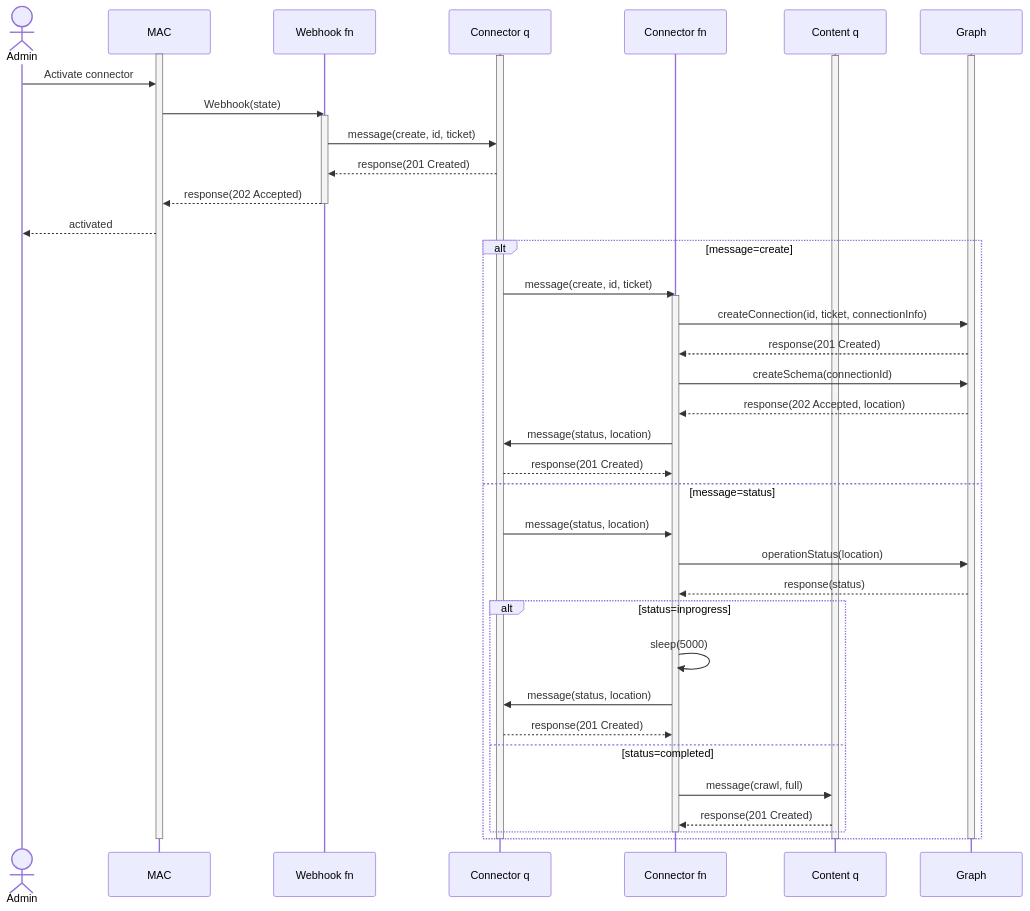
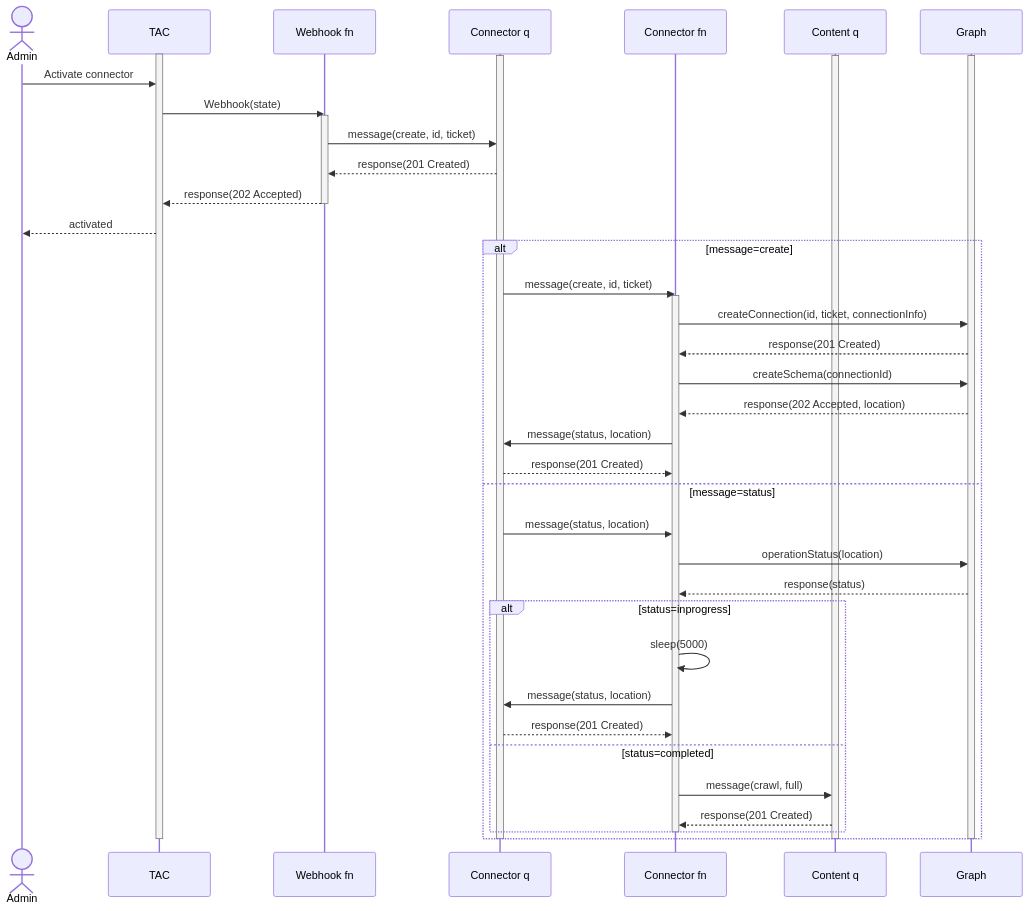
The first of 5 diagrams in readme.md (garrytrinder/food-catalog-graph-connector), drawn with Mermaid before and after one commit. The commit also changed other lines of this file and 3 other files, not shown here.

````diff
--- a/readme.md
+++ b/readme.md
@@ -32,54 +33,54 @@
 ```mermaid
 sequenceDiagram
   actor Admin
-  participant MAC
+  participant TAC
   participant Webhook fn
   participant Connector q
   participant Connector fn
   participant Content q
   participant Graph
   
-  activate MAC
+  activate TAC
   activate Connector q
   activate Content q
   activate Graph
 
-  Admin->>MAC:Activate connector
-  MAC->>Webhook fn:Webhook(state)
+  Admin->>TAC:Activate connector
+  TAC->>Webhook fn:Webhook(state)
   activate Webhook fn
   Webhook fn->>Connector q:message(create, id, ticket)
   Connector q-->>Webhook fn:response(201 Created)
-  Webhook fn-->>MAC:response(202 Accepted)
+  Webhook fn-->>TAC:response(202 Accepted)
   deactivate Webhook fn
-  MAC-->>Admin:activated
+  TAC-->>Admin:activated
 
   alt message=create
     Connector q->>Connector fn:message(create, id, ticket)
     activate Connector fn
     Connector fn->>Graph:createConnection(id, ticket, connectionInfo)
     Graph-->>Connector fn:response(201 Created)
     Connector fn->>Graph:createSchema(connectionId)
     Graph-->>Connector fn:response(202 Accepted, location)
     Connector fn->>Connector q:message(status, location)
     Connector q-->>Connector fn:response(201 Created)
   else message=status
     Connector q->>Connector fn:message(status, location)
     Connector fn->>Graph:operationStatus(location)
     Graph-->>Connector fn:response(status)
     
     alt status=inprogress
       Connector fn->>Connector fn:sleep(5000)
       Connector fn->>Connector q:message(status, location)
       Connector q-->>Connector fn:response(201 Created)
     else status=completed
       Connector fn->>Content q:message(crawl, full)
       Content q-->>Connector fn:response(201 Created)
     end
     deactivate Connector fn
   end
   
   deactivate Graph
   deactivate Content q
   deactivate Connector q
-  deactivate MAC
+  deactivate TAC
 ```
````
